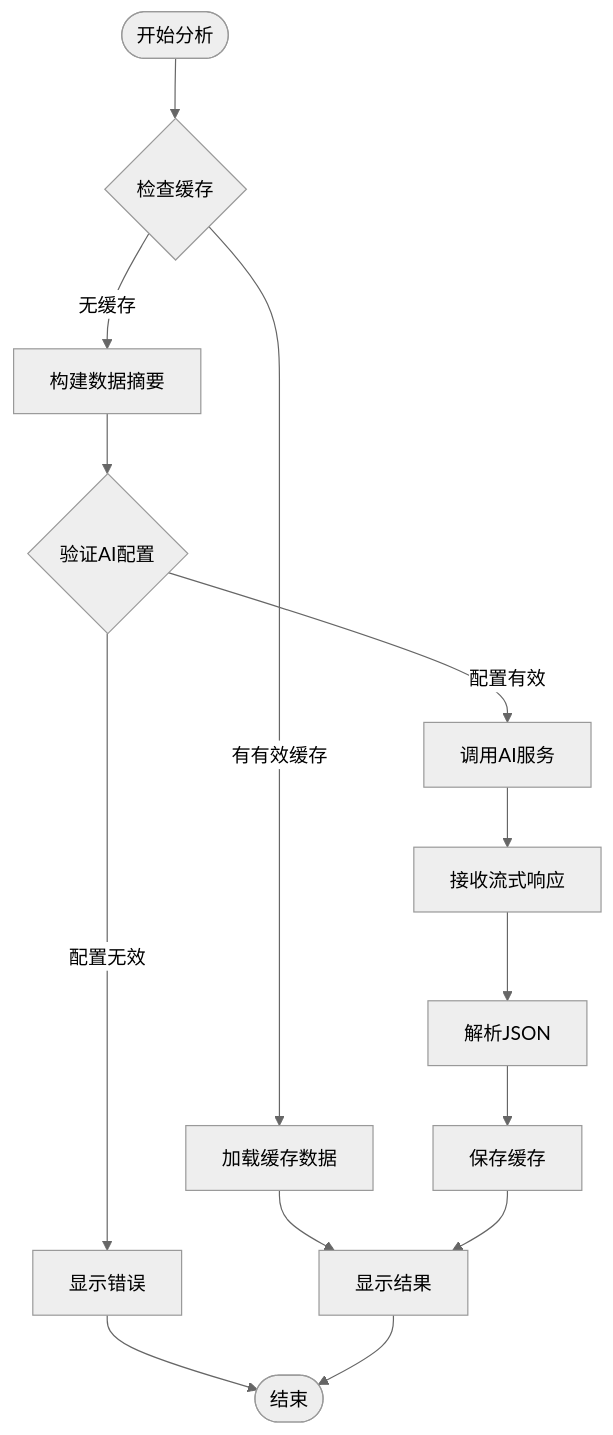
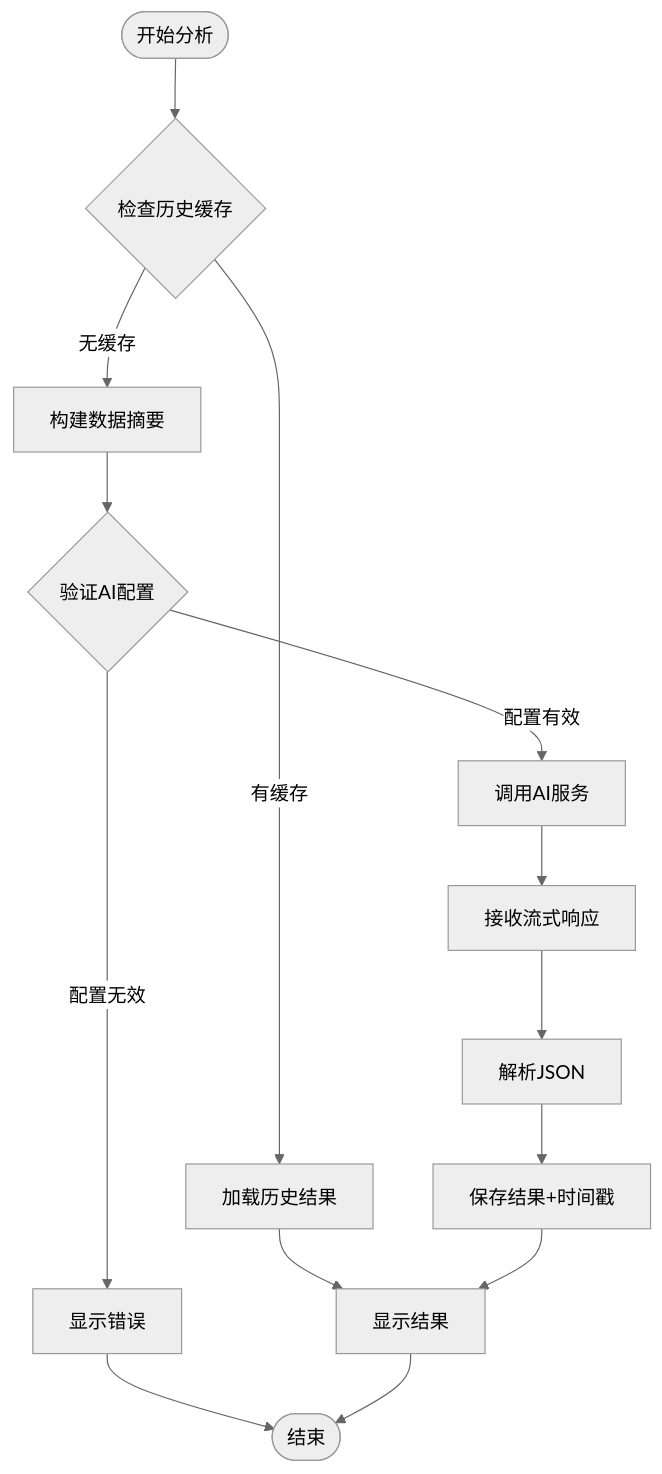
Before and after one commit to RadiumAg/bilibili-favorites: the third of 8 diagrams in .qoder/repowiki/zh/content/核心功能模块/智能分析系统/MBTI人格分析系统.md, drawn with Mermaid (neutral theme). The commit also changed other lines of this file and 47 other files, not shown here.

````diff
--- a/.qoder/repowiki/zh/content/核心功能模块/智能分析系统/MBTI人格分析系统.md
+++ b/.qoder/repowiki/zh/content/核心功能模块/智能分析系统/MBTI人格分析系统.md
@@ -166,16 +194,16 @@
 ```mermaid
 flowchart TD
-Start([开始分析]) --> CheckCache{检查缓存}
-CheckCache --> |有有效缓存| LoadCache[加载缓存数据]
+Start([开始分析]) --> CheckCache{检查历史缓存}
+CheckCache --> |有缓存| LoadHistory[加载历史结果]
 CheckCache --> |无缓存| BuildSummary[构建数据摘要]
-LoadCache --> ShowResult[显示结果]
+LoadHistory --> ShowResult[显示结果]
 BuildSummary --> ValidateConfig{验证AI配置}
 ValidateConfig --> |配置无效| ShowError[显示错误]
 ValidateConfig --> |配置有效| CallAI[调用AI服务]
 CallAI --> StreamResponse[接收流式响应]
 StreamResponse --> ParseJSON[解析JSON]
-ParseJSON --> SaveCache[保存缓存]
+ParseJSON --> SaveCache[保存结果+时间戳]
 SaveCache --> ShowResult
 ShowError --> End([结束])
 ShowResult --> End
 ```
````
